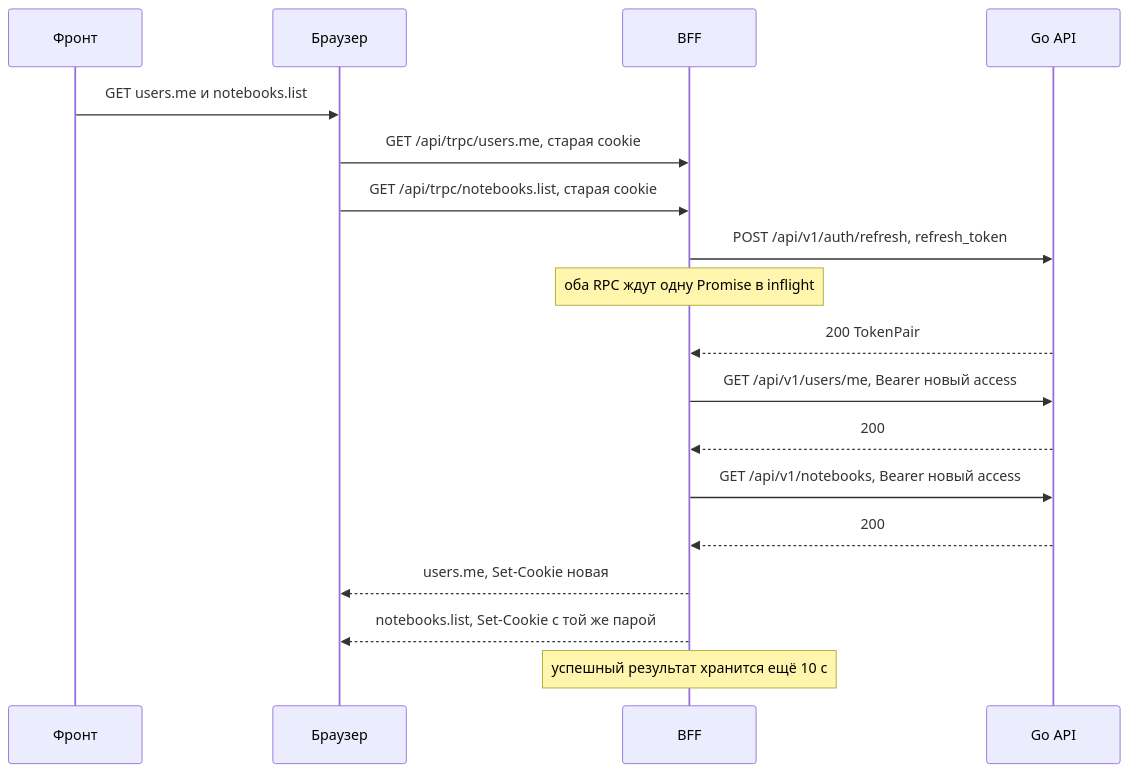
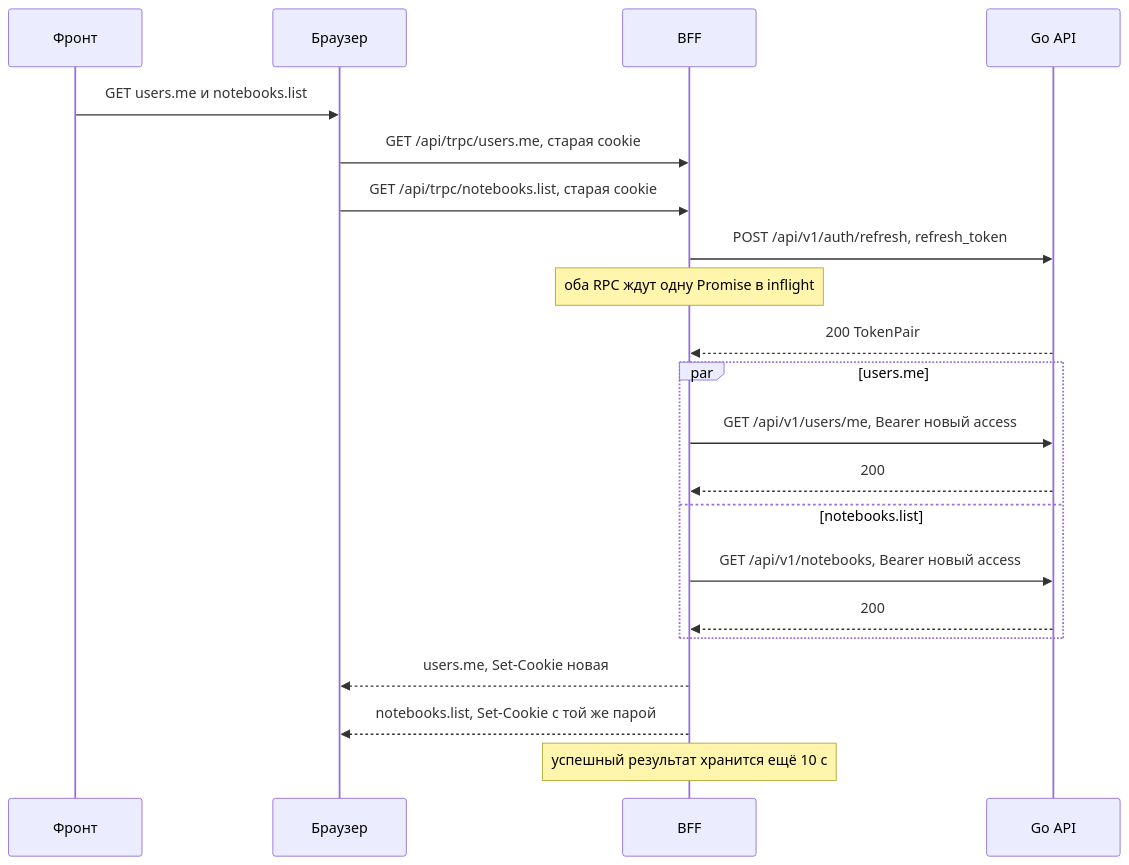
Before and after one commit to Cringe-Driven-Development-Team/docs: the fourth of 7 diagrams in site/modules/2/tracks/bff/auth.md, drawn with Mermaid. The commit also changed other lines of this file, not shown here.

Commit message:
docs(bff): показать параллельные вызовы Go после refresh (#87)

````diff
--- a/site/modules/2/tracks/bff/auth.md
+++ b/site/modules/2/tracks/bff/auth.md
@@ -319,20 +321,23 @@
 ```mermaid
 sequenceDiagram
   participant F as Фронт
   participant B as Браузер
   participant P as BFF
   participant A as Go API
   F->>B: GET users.me и notebooks.list
   B->>P: GET /api/trpc/users.me, старая cookie
   B->>P: GET /api/trpc/notebooks.list, старая cookie
   P->>A: POST /api/v1/auth/refresh, refresh_token
   Note over P: оба RPC ждут одну Promise в inflight
   A-->>P: 200 TokenPair
-  P->>A: GET /api/v1/users/me, Bearer новый access
-  A-->>P: 200
-  P->>A: GET /api/v1/notebooks, Bearer новый access
-  A-->>P: 200
+  par users.me
+    P->>A: GET /api/v1/users/me, Bearer новый access
+    A-->>P: 200
+  and notebooks.list
+    P->>A: GET /api/v1/notebooks, Bearer новый access
+    A-->>P: 200
+  end
   P-->>B: users.me, Set-Cookie новая
   P-->>B: notebooks.list, Set-Cookie с той же парой
   Note over P: успешный результат хранится ещё 10 с
 ```
````
